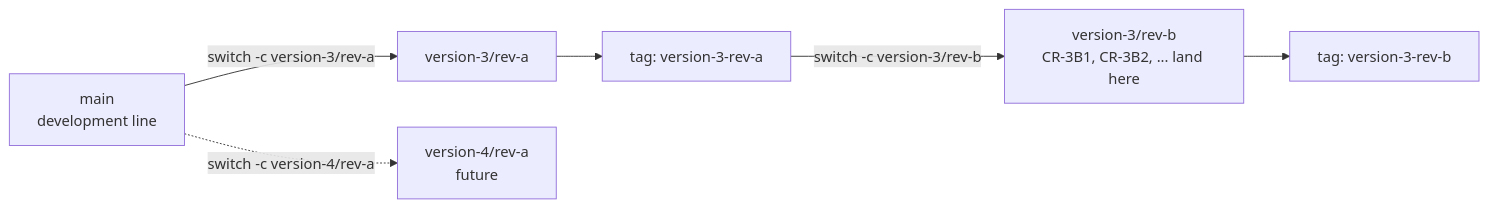
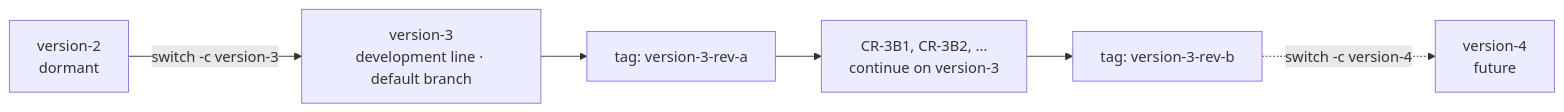
One commit to morgangalpin/Dexter changed the diagram in specs/010-Versioning.md. Above: the diagram before and after it, drawn with Mermaid. The commit also changed other lines of this file, not shown here.

First line of the commit message:
Simplify branch model to version-n lines with revision tags

````diff
--- a/specs/010-Versioning.md
+++ b/specs/010-Versioning.md
@@ -81,9 +88,9 @@
 ```mermaid
 graph LR
-    Main["main<br/>development line"]
-    Main -->|"switch -c version-3/rev-a"| RevA["version-3/rev-a"]
-    RevA --> TagA["tag: version-3-rev-a"]
-    TagA -->|"switch -c version-3/rev-b"| RevB["version-3/rev-b<br/>CR-3B1, CR-3B2, ... land here"]
+    V2["version-2<br/>dormant"]
+    V2 -->|"switch -c version-3"| V3["version-3<br/>development line · default branch"]
+    V3 --> TagA["tag: version-3-rev-a"]
+    TagA --> RevB["CR-3B1, CR-3B2, ...<br/>continue on version-3"]
     RevB --> TagB["tag: version-3-rev-b"]
-    Main -.->|"switch -c version-4/rev-a"| V4["version-4/rev-a<br/>future"]
+    TagB -.->|"switch -c version-4"| V4["version-4<br/>future"]
 ```
````
